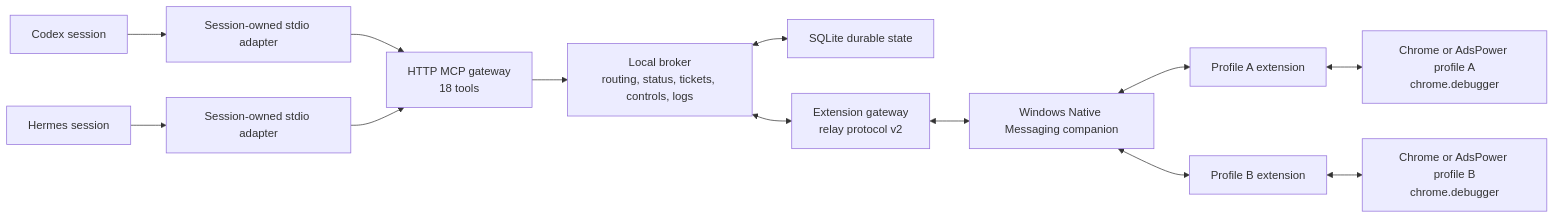
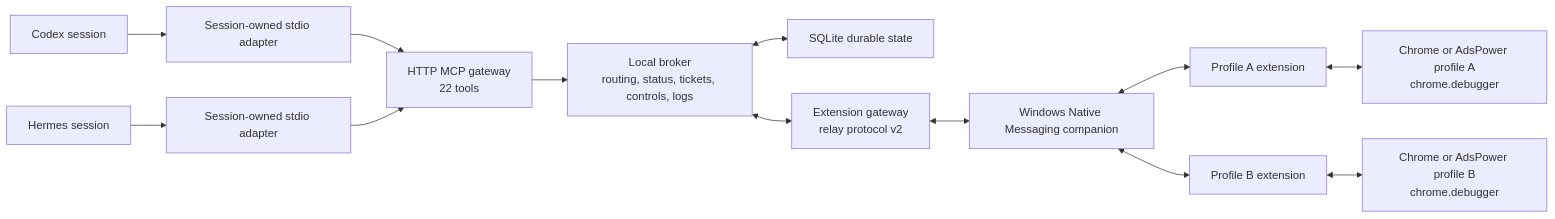
The diagram in README.md (ohmyskyhigh/tabro), drawn with Mermaid before and after one commit. The commit also changed other lines of this file and 183 other files, not shown here.

````diff
--- a/README.md
+++ b/README.md
@@ -44,15 +47,15 @@
 ```mermaid
 flowchart LR
   C["Codex session"] --> A1["Session-owned stdio adapter"]
   H["Hermes session"] --> A2["Session-owned stdio adapter"]
-  A1 --> M["HTTP MCP gateway\n18 tools"]
+  A1 --> M["HTTP MCP gateway\n22 tools"]
   A2 --> M
   M --> B["Local broker\nrouting, status, tickets, controls, logs"]
   B <--> D["SQLite durable state"]
   B <--> G["Extension gateway\nrelay protocol v2"]
   G <--> N["Windows Native Messaging companion"]
   N <--> E1["Profile A extension"]
   N <--> E2["Profile B extension"]
   E1 <--> P1["Chrome or AdsPower profile A\nchrome.debugger"]
   E2 <--> P2["Chrome or AdsPower profile B\nchrome.debugger"]
 ```
````
